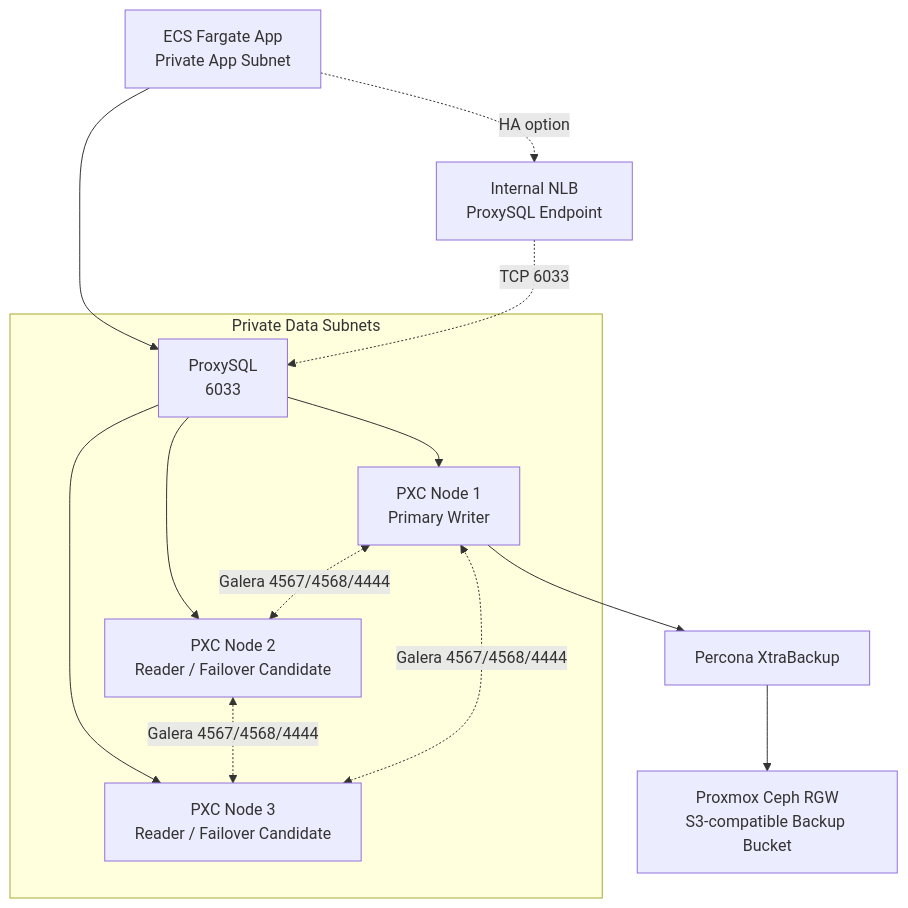
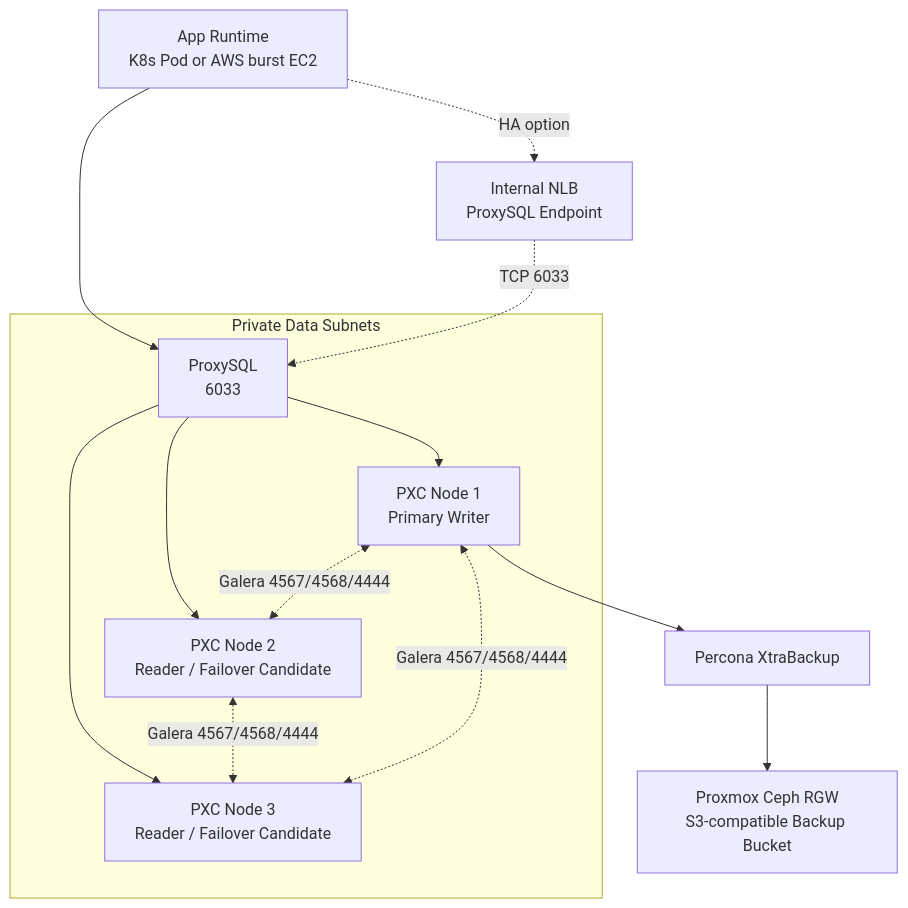
Before and after one commit to KosaCloudTeam2/infra-platform: the third of 7 diagrams in docs/01_architecture.md, drawn with Mermaid. The commit also changed other lines of this file and 35 other files, not shown here.

````diff
--- a/docs/01_architecture.md
+++ b/docs/01_architecture.md
@@ -334,19 +351,19 @@
 ```mermaid
 flowchart TB
-    App["ECS Fargate App<br/>Private App Subnet"] --> Proxy["ProxySQL<br/>6033"]
+    App["App Runtime<br/>K8s Pod or AWS burst EC2"] --> Proxy["ProxySQL<br/>6033"]
     App -. "HA option" .-> NLB["Internal NLB<br/>ProxySQL Endpoint"]
     NLB -. "TCP 6033" .-> Proxy
 
     subgraph DataSubnets["Private Data Subnets"]
         Proxy --> PXC1["PXC Node 1<br/>Primary Writer"]
         Proxy --> PXC2["PXC Node 2<br/>Reader / Failover Candidate"]
         Proxy --> PXC3["PXC Node 3<br/>Reader / Failover Candidate"]
 
         PXC1 <-. "Galera 4567/4568/4444" .-> PXC2
         PXC2 <-. "Galera 4567/4568/4444" .-> PXC3
         PXC3 <-. "Galera 4567/4568/4444" .-> PXC1
     end
 
     PXC1 --> Backup["Percona XtraBackup"]
     Backup --> Ceph["Proxmox Ceph RGW<br/>S3-compatible Backup Bucket"]
 ```
````
